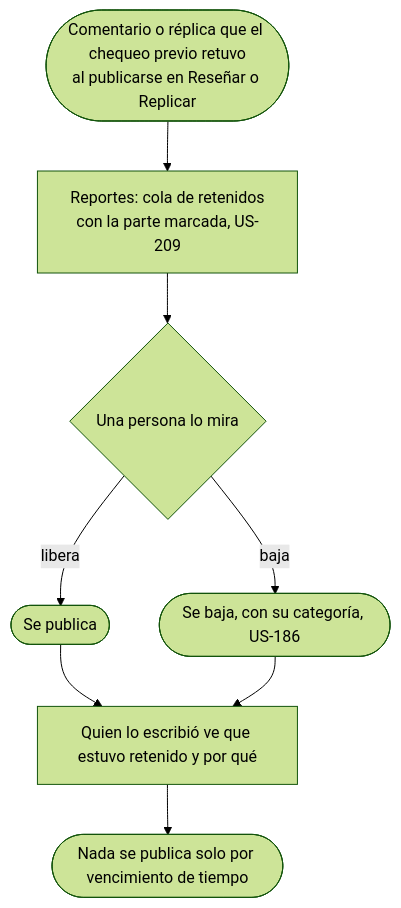
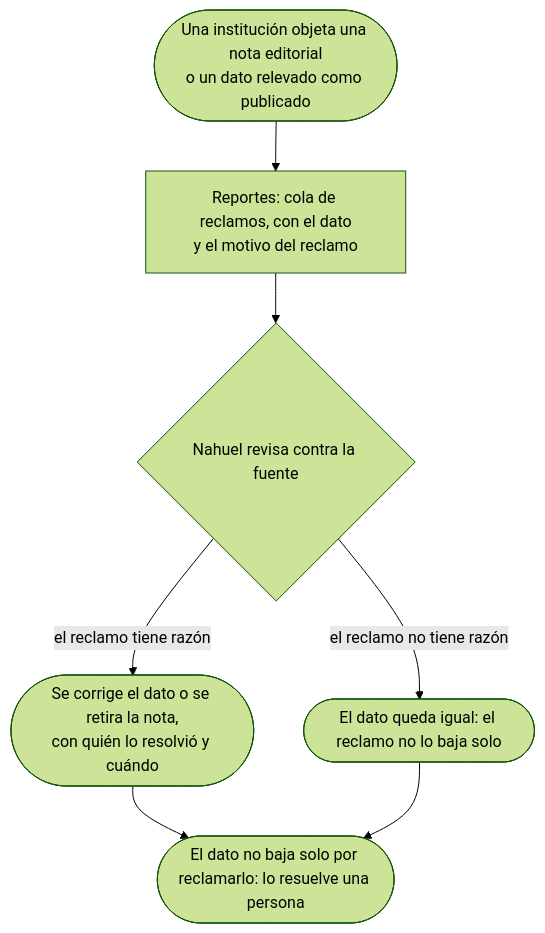
One commit to lucasidev/plan-b changed the second of 5 diagrams in docs/product/team/moderate-without-breaking-the-product/flow.md. Above: the diagram before and after it, drawn with Mermaid (forest theme). The commit also changed other lines of this file and 243 other files, not shown here.

````diff
--- a/docs/product/team/moderate-without-breaking-the-product/flow.md
+++ b/docs/product/team/moderate-without-breaking-the-product/flow.md
@@ -25,10 +21,9 @@
 ```mermaid
 flowchart TD
-  A([Comentario o réplica que el chequeo previo retuvo<br/>al publicarse en Reseñar o Replicar]) --> B[Reportes: cola de retenidos<br/>con la parte marcada, US-209]
-  B --> C{Una persona lo mira}
-  C -->|libera| D([Se publica])
-  C -->|baja| E([Se baja, con su categoría, US-186])
-  D --> G[Quien lo escribió ve que estuvo retenido y por qué]
-  E --> G
-  G --> H([Nada se publica solo por vencimiento de tiempo])
+  A([Una institución objeta una nota editorial<br/>o un dato relevado como publicado]) --> B[Reportes: cola de reclamos, con el dato<br/>y el motivo del reclamo]
+  B --> C{Nahuel revisa contra la fuente}
+  C -->|el reclamo tiene razón| D([Se corrige el dato o se retira la nota,<br/>con quién lo resolvió y cuándo])
+  C -->|el reclamo no tiene razón| E([El dato queda igual: el reclamo no lo baja solo])
+  D --> F([El dato no baja solo por reclamarlo: lo resuelve una persona])
+  E --> F
 ```
````
